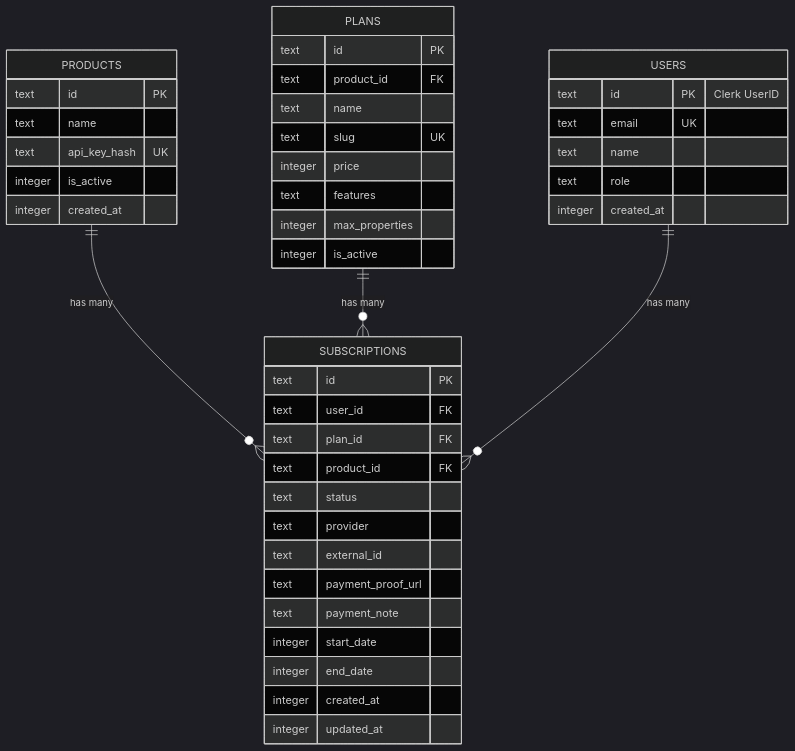
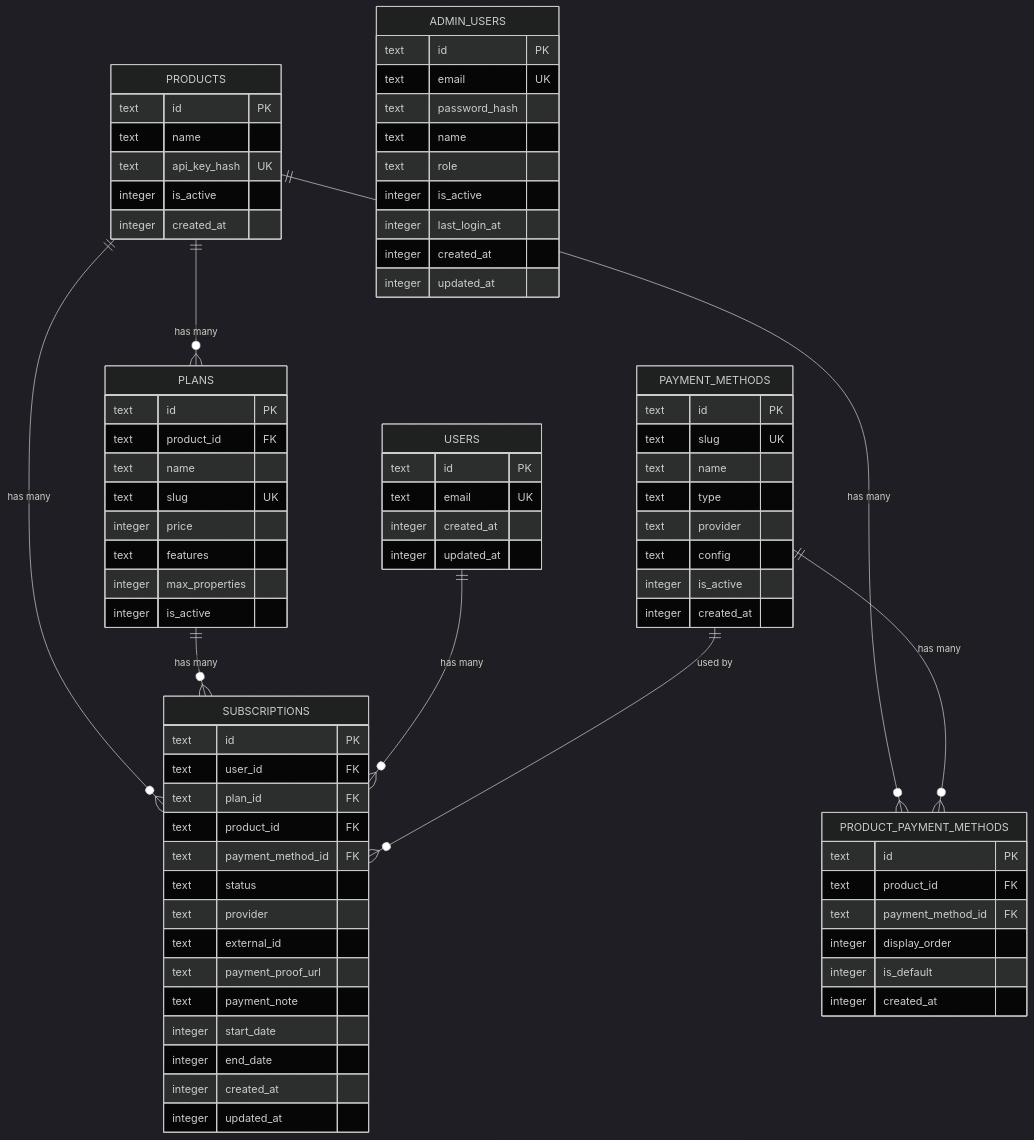
Before and after one commit to fitzfitz/subscription-platform: the diagram in docs/01_database_schema.md, drawn with Mermaid (dark theme). The commit also changed other lines of this file and 46 other files, not shown here.

````diff
--- a/docs/01_database_schema.md
+++ b/docs/01_database_schema.md
@@ -7,8 +9,12 @@
 ```mermaid
 erDiagram
+    PRODUCTS ||--o{ PLANS : "has many"
     PRODUCTS ||--o{ SUBSCRIPTIONS : "has many"
+    PRODUCTS ||--o{ PRODUCT_PAYMENT_METHODS : "has many"
     PLANS ||--o{ SUBSCRIPTIONS : "has many"
     USERS ||--o{ SUBSCRIPTIONS : "has many"
+    PAYMENT_METHODS ||--o{ PRODUCT_PAYMENT_METHODS : "has many"
+    PAYMENT_METHODS ||--o{ SUBSCRIPTIONS : "used by"
 
     PRODUCTS {
         text id PK
@@ -30,10 +36,29 @@
     }
 
     USERS {
-        text id PK "Clerk UserID"
+        text id PK
         text email UK
+        integer created_at
+        integer updated_at
+    }
+
+    PAYMENT_METHODS {
+        text id PK
+        text slug UK
         text name
-        text role
+        text type
+        text provider
+        text config
+        integer is_active
+        integer created_at
+    }
+
+    PRODUCT_PAYMENT_METHODS {
+        text id PK
+        text product_id FK
+        text payment_method_id FK
+        integer display_order
+        integer is_default
         integer created_at
     }
 
@@ -42,6 +67,7 @@
         text user_id FK
         text plan_id FK
         text product_id FK
+        text payment_method_id FK
         text status
         text provider
         text external_id
@@ -52,4 +78,16 @@
         integer created_at
         integer updated_at
     }
+
+    ADMIN_USERS {
+        text id PK
+        text email UK
+        text password_hash
+        text name
+        text role
+        integer is_active
+        integer last_login_at
+        integer created_at
+        integer updated_at
+    }
 ```
````
